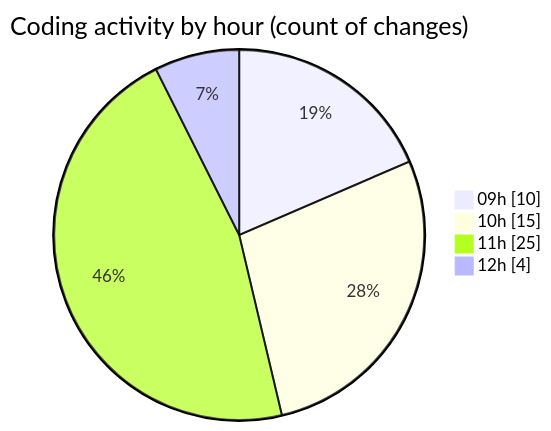
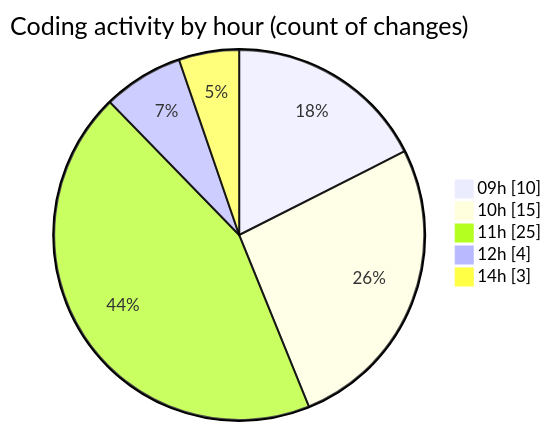
One commit to MatusMokan/code-tracking changed the second of 2 diagrams in 2025-03-21/myws__workspace_/README.md. Above: the diagram before and after it, drawn with Mermaid. The commit also changed other lines of this file and 1 other file, not shown here.

````diff
--- a/2025-03-21/myws__workspace_/README.md
+++ b/2025-03-21/myws__workspace_/README.md
@@ -32,8 +33,9 @@
 ```mermaid
 pie showData
 title Coding activity by hour (count of changes)
 "09h" : 10
 "10h" : 15
 "11h" : 25
 "12h" : 4
+"14h" : 3
 ```
````
